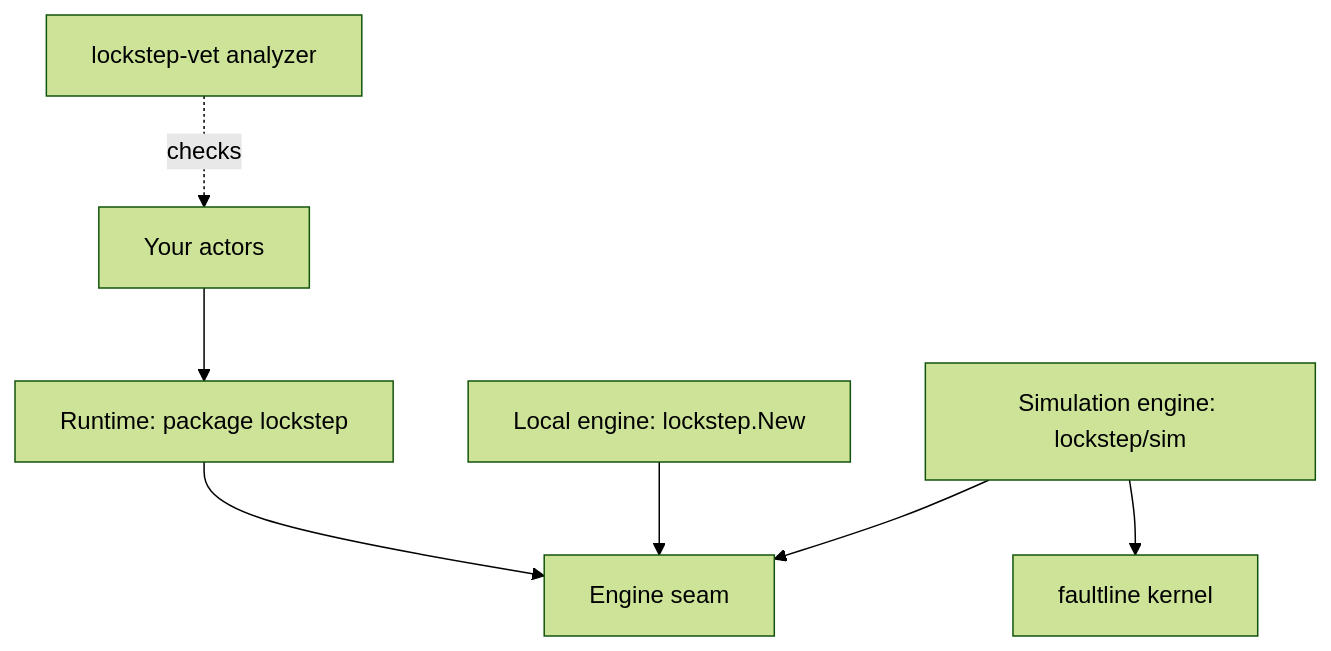
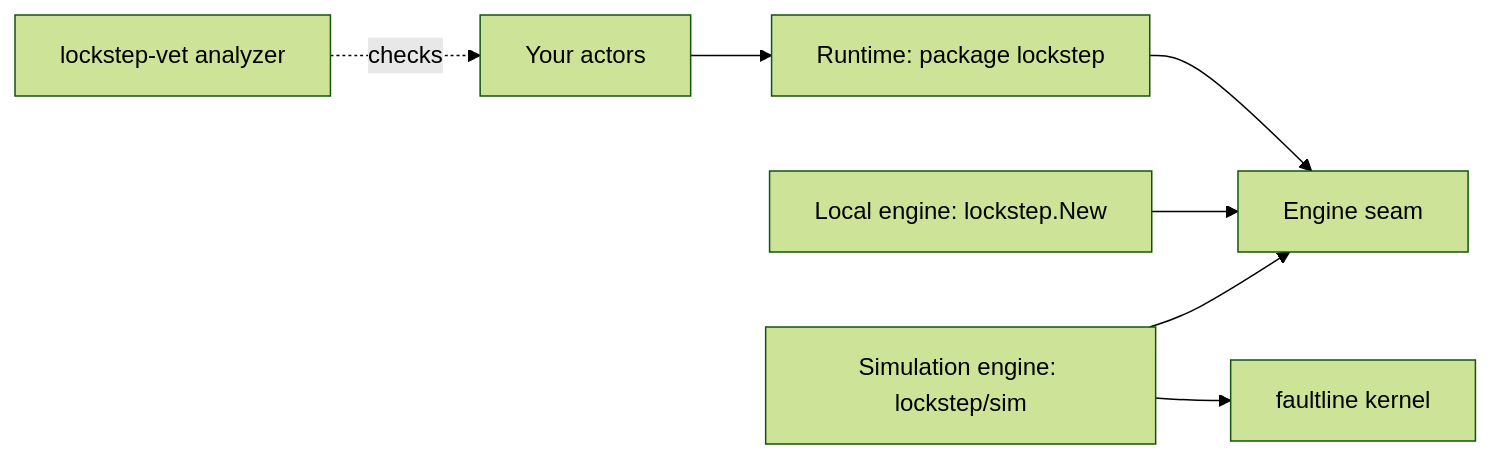
Before and after one commit to hmdsefi/lockstep: the diagram in docs/architecture.md, drawn with Mermaid (forest theme).

Commit message:
docs: lay out the architecture diagram left to right

````diff
--- a/docs/architecture.md
+++ b/docs/architecture.md
@@ -15,18 +15,18 @@
 ```mermaid
-flowchart TB
+flowchart LR
     accTitle: lockstep's parts and how they depend on each other
     accDescr: Your actors use the lockstep runtime. The runtime runs on the engine seam, which two engines implement: the local engine used by lockstep.New and the simulation engine in lockstep/sim. The simulation engine runs on faultline. lockstep-vet checks your actor code.
     actors["Your actors"]
     runtime["Runtime: package lockstep"]
     seam["Engine seam"]
     local["Local engine: lockstep.New"]
     simengine["Simulation engine: lockstep/sim"]
     faultline["faultline kernel"]
     vet["lockstep-vet analyzer"]
     actors --> runtime
     runtime --> seam
     local --> seam
     simengine --> seam
     simengine --> faultline
     vet -. checks .-> actors
 ```
````
